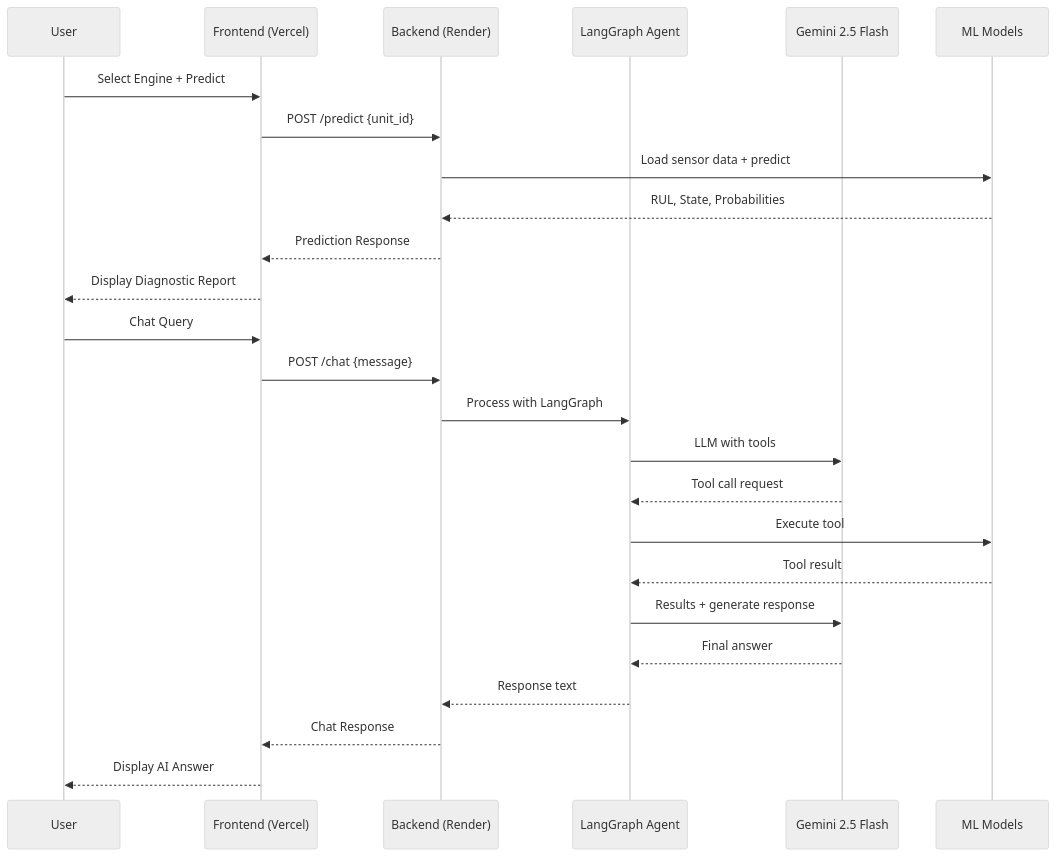
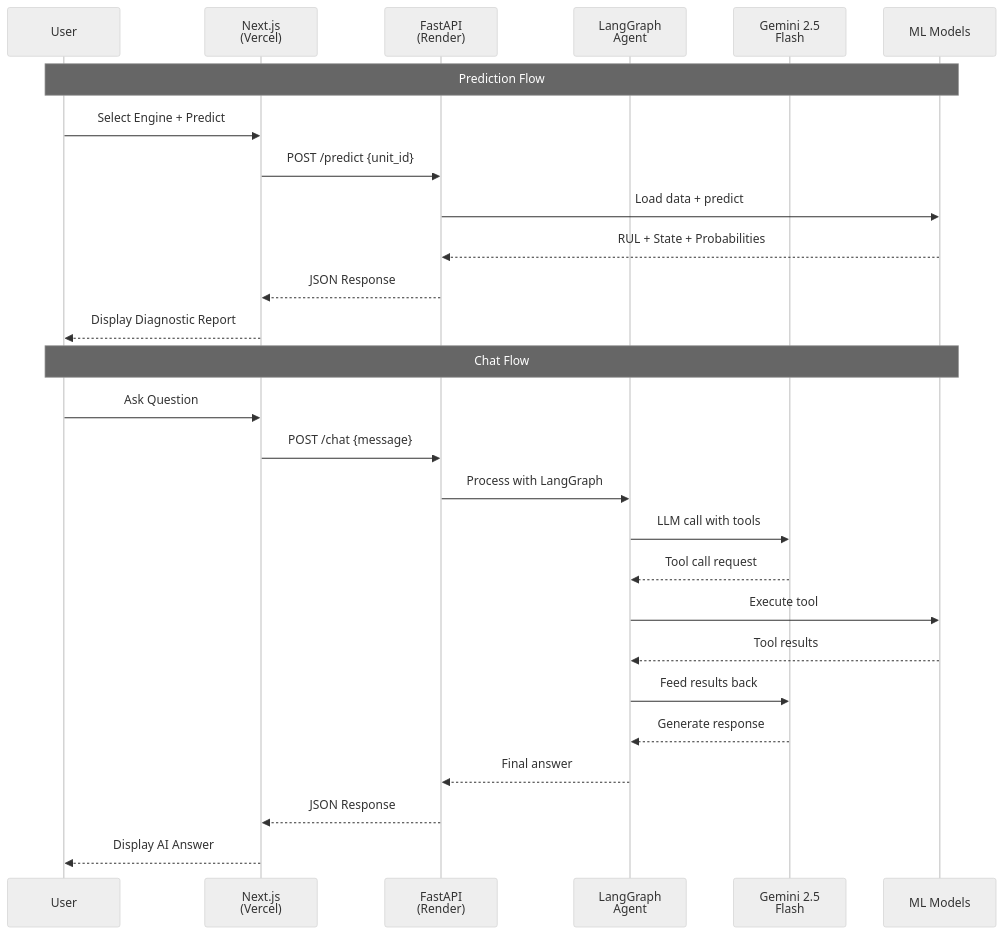
Before and after one commit to sanu-VDart/Fullstack-AI-Engineering: the second of 3 diagrams in ARCHITECTURE.md, drawn with Mermaid (neutral theme). The commit also changed other lines of this file and 49 other files, not shown here.

Commit message:
Reorganized project into backend and frontend directories

````diff
--- a/ARCHITECTURE.md
+++ b/ARCHITECTURE.md
@@ -51,29 +51,31 @@
 ```mermaid
 sequenceDiagram
-    participant U as User
-    participant FE as Frontend (Vercel)
-    participant BE as Backend (Render)
-    participant AG as LangGraph Agent
-    participant GM as Gemini 2.5 Flash
-    participant ML as ML Models
-    
-    U->>FE: Select Engine + Predict
-    FE->>BE: POST /predict {unit_id}
-    BE->>ML: Load sensor data + predict
-    ML-->>BE: RUL, State, Probabilities
-    BE-->>FE: Prediction Response
-    FE-->>U: Display Diagnostic Report
-    
-    U->>FE: Chat Query
-    FE->>BE: POST /chat {message}
-    BE->>AG: Process with LangGraph
-    AG->>GM: LLM with tools
-    GM-->>AG: Tool call request
-    AG->>ML: Execute tool
-    ML-->>AG: Tool result
-    AG->>GM: Results + generate response
-    GM-->>AG: Final answer
-    AG-->>BE: Response text
-    BE-->>FE: Chat Response
-    FE-->>U: Display AI Answer
+    participant User
+    participant Frontend as Next.js<br/>(Vercel)
+    participant Backend as FastAPI<br/>(Render)
+    participant Agent as LangGraph<br/>Agent
+    participant Gemini as Gemini 2.5<br/>Flash
+    participant Models as ML Models
+
+    Note over User,Models: Prediction Flow
+    User->>Frontend: Select Engine + Predict
+    Frontend->>Backend: POST /predict {unit_id}
+    Backend->>Models: Load data + predict
+    Models-->>Backend: RUL + State + Probabilities
+    Backend-->>Frontend: JSON Response
+    Frontend-->>User: Display Diagnostic Report
+
+    Note over User,Models: Chat Flow
+    User->>Frontend: Ask Question
+    Frontend->>Backend: POST /chat {message}
+    Backend->>Agent: Process with LangGraph
+    Agent->>Gemini: LLM call with tools
+    Gemini-->>Agent: Tool call request
+    Agent->>Models: Execute tool
+    Models-->>Agent: Tool results
+    Agent->>Gemini: Feed results back
+    Gemini-->>Agent: Generate response
+    Agent-->>Backend: Final answer
+    Backend-->>Frontend: JSON Response
+    Frontend-->>User: Display AI Answer
 ```
````
